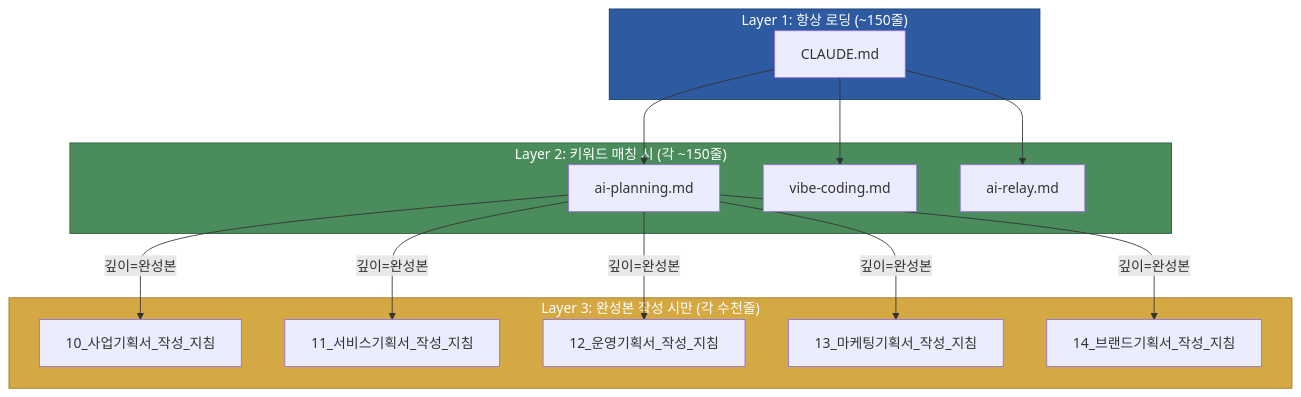
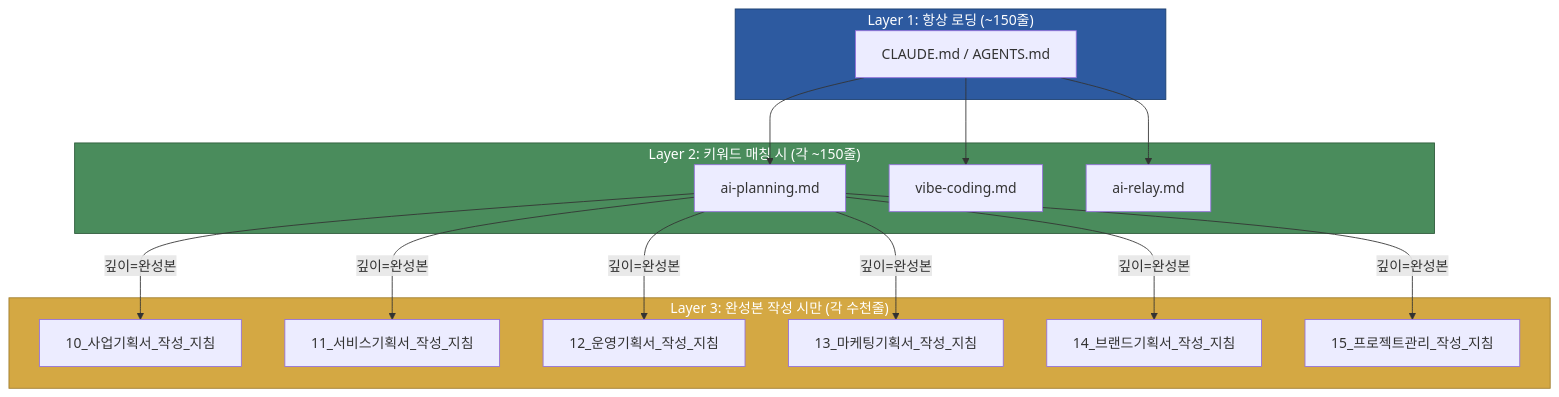
The sixth of 6 diagrams in DIAGRAM.md (YunJuniverse/ai-pipeline-methodology), drawn with Mermaid before and after one commit. The commit also changed other lines of this file and 25 other files, not shown here.

````diff
--- a/DIAGRAM.md
+++ b/DIAGRAM.md
@@ -158,33 +251,35 @@
 ```mermaid
 flowchart TB
     subgraph L1["Layer 1: 항상 로딩 (~150줄)"]
-        C1["CLAUDE.md"]
+        C1["CLAUDE.md / AGENTS.md"]
     end
 
     subgraph L2["Layer 2: 키워드 매칭 시 (각 ~150줄)"]
         C2A["ai-planning.md"]
         C2B["vibe-coding.md"]
         C2C["ai-relay.md"]
     end
 
     subgraph L3["Layer 3: 완성본 작성 시만 (각 수천줄)"]
         C3A["10_사업기획서_작성_지침"]
         C3B["11_서비스기획서_작성_지침"]
         C3C["12_운영기획서_작성_지침"]
         C3D["13_마케팅기획서_작성_지침"]
         C3E["14_브랜드기획서_작성_지침"]
+        C3F["15_프로젝트관리_작성_지침"]
     end
 
     C1 --> C2A
     C1 --> C2B
     C1 --> C2C
     C2A -->|"깊이=완성본"| C3A
     C2A -->|"깊이=완성본"| C3B
     C2A -->|"깊이=완성본"| C3C
     C2A -->|"깊이=완성본"| C3D
     C2A -->|"깊이=완성본"| C3E
+    C2A -->|"깊이=완성본"| C3F
 
     style L1 fill:#2d5aa0,stroke:#1a3d6e,color:#fff
     style L2 fill:#4a8c5c,stroke:#2d5a3a,color:#fff
     style L3 fill:#d4a843,stroke:#a07d2e,color:#fff
 ```
````
